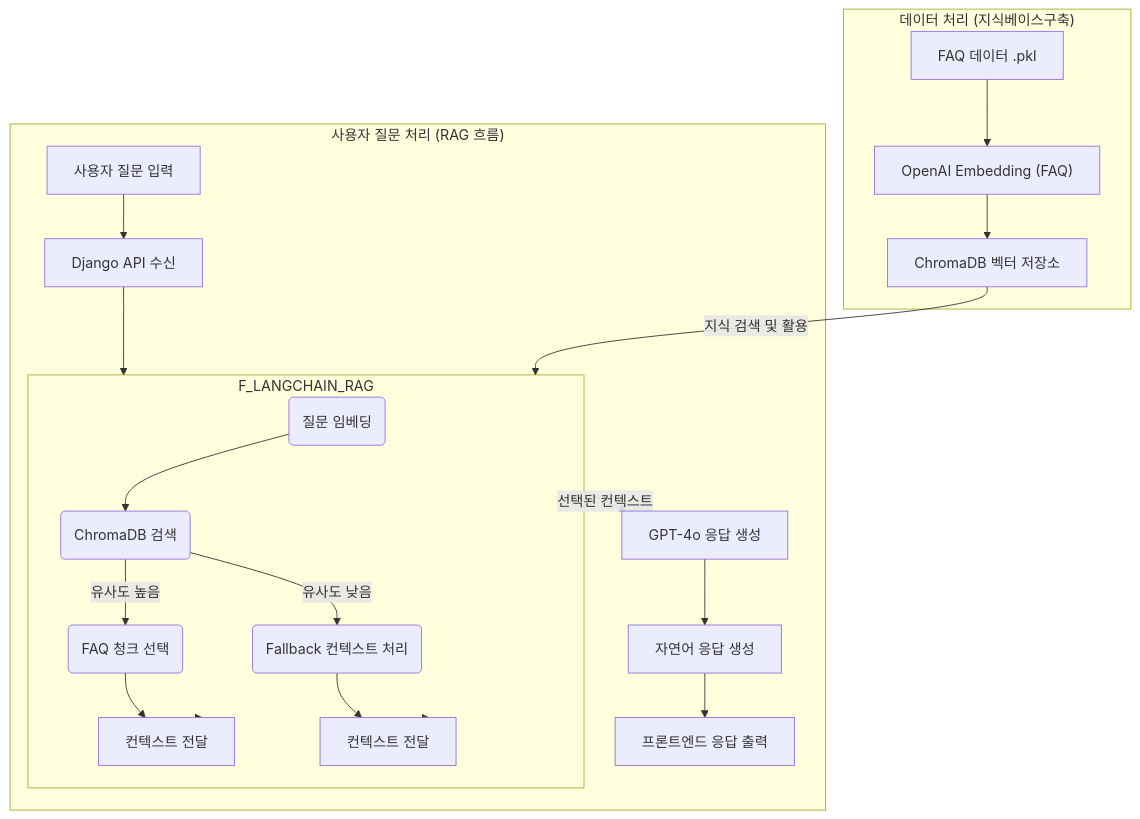
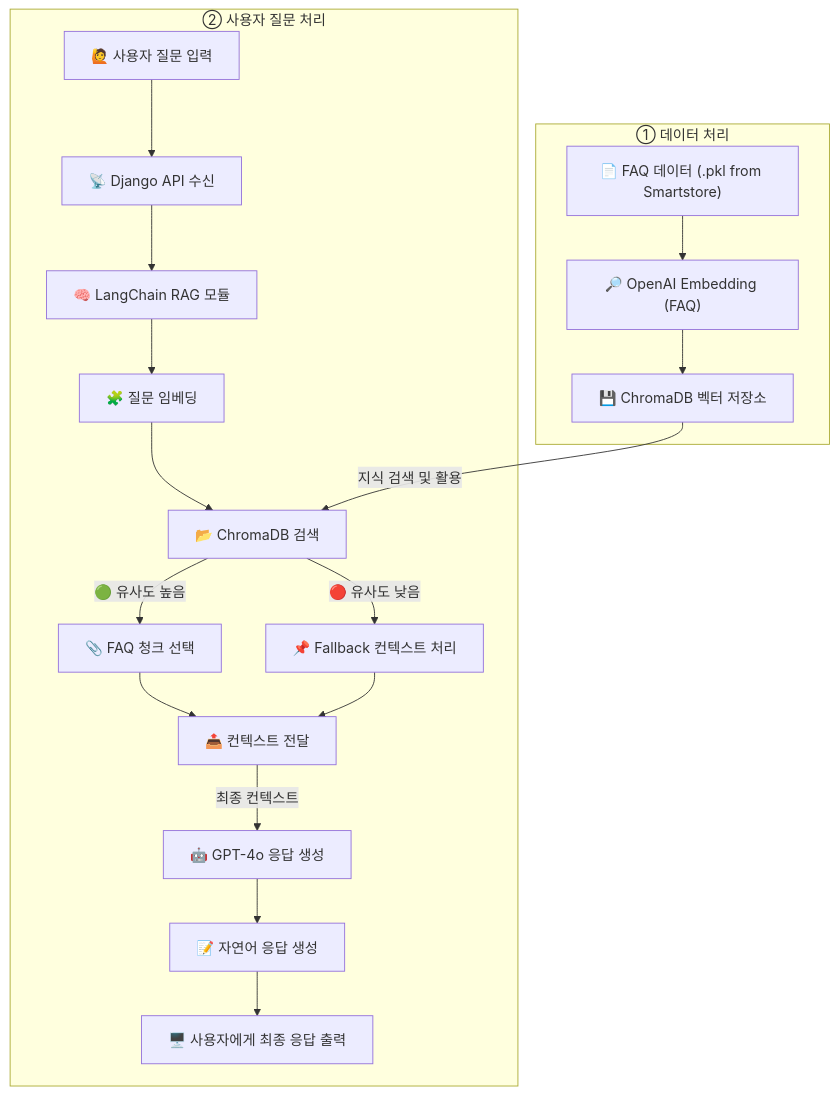
One commit to Bae-Sunny/smartstore-faq-chatbot changed the diagram in README.md. Above: the diagram before and after it, drawn with Mermaid.

````diff
--- a/README.md
+++ b/README.md
@@ -98,34 +98,31 @@
 ```mermaid
 graph TD
-    subgraph "데이터 처리 (지식베이스구축)"
-        A_FAQ[FAQ 데이터 .pkl] --> B_EMBED_FAQ["OpenAI Embedding (FAQ)"]
-        B_EMBED_FAQ --> C_CHROMA_STORE[ChromaDB 벡터 저장소]
+
+    %% ① 데이터 처리 (지식 베이스 구축)
+    subgraph "① 데이터 처리"
+        A1["📄 FAQ 데이터 (.pkl from Smartstore)"] --> A2["🔎 OpenAI Embedding (FAQ)"]
+        A2 --> A3[💾 ChromaDB 벡터 저장소]
     end
 
-    subgraph "사용자 질문 처리 (RAG 흐름)"
-        D_USER_Q[사용자 질문 입력] --> E_DJANGO_API[Django API 수신]
-        E_DJANGO_API --> F_LANGCHAIN_RAG[LangChain RAG 모듈]
-        F_LANGCHAIN_RAG -->|선택된 컨텍스트| G_GPT[GPT-4o 응답 생성]
-        G_GPT --> H_N_RESPONSE[자연어 응답 생성]
-        H_N_RESPONSE --> I_FRONTEND[프론트엔드 응답 출력]
+    %% ② 사용자 질문 처리 (RAG 흐름)
+    subgraph "② 사용자 질문 처리"
+        B1[🙋 사용자 질문 입력] --> B2[📡 Django API 수신]
+        B2 --> B3[🧠 LangChain RAG 모듈]
+
+        %% LangChain RAG 모듈 내부의 상세 흐름
+        B3 --> R1[🧩 질문 임베딩]
+        R1 --> R2[📂 ChromaDB 검색]
+        R2 -->|🟢 유사도 높음| R3[📎 FAQ 청크 선택]
+        R2 -->|🔴 유사도 낮음| R4[📌 Fallback 컨텍스트 처리]
+        R3 --> R5[📤 컨텍스트 전달]
+        R4 --> R5
+
+        %% RAG 모듈의 결과가 GPT로 전달
+        R5 --> |최종 컨텍스트| B4[🤖 GPT-4o 응답 생성]
+        B4 --> B5[📝 자연어 응답 생성]
+        B5 --> B6["🖥️ 사용자에게 최종 응답 출력"]
     end
 
-    %% 핵심 연결: 지식 베이스와 RAG 모듈
-    C_CHROMA_STORE -- 지식 검색 및 활용 --> F_LANGCHAIN_RAG
-    
-    %% RAG 모듈 내부 설명 (주요 동작들을 포함)
-    subgraph F_LANGCHAIN_RAG
-        F_LANGCHAIN_RAG_A(질문 임베딩)
-        F_LANGCHAIN_RAG_B(ChromaDB 검색)
-        F_LANGCHAIN_RAG_C(FAQ 청크 선택)
-        F_LANGCHAIN_RAG_D(Fallback 컨텍스트 처리)
-
-        F_LANGCHAIN_RAG_A --> F_LANGCHAIN_RAG_B
-        F_LANGCHAIN_RAG_B -->|유사도 높음| F_LANGCHAIN_RAG_C
-        F_LANGCHAIN_RAG_B -->|유사도 낮음| F_LANGCHAIN_RAG_D
-
-        %% 중간 노드로 컨텍스트 전달 표현
-        F_LANGCHAIN_RAG_C --> CTX_C["컨텍스트 전달"] --> F_LANGCHAIN_RAG
-        F_LANGCHAIN_RAG_D --> CTX_D["컨텍스트 전달"] --> F_LANGCHAIN_RAG
-    end
+    %% 외부 연결 (지식 베이스 활용)
+    A3 -- 지식 검색 및 활용 --> R2
 ```
````
